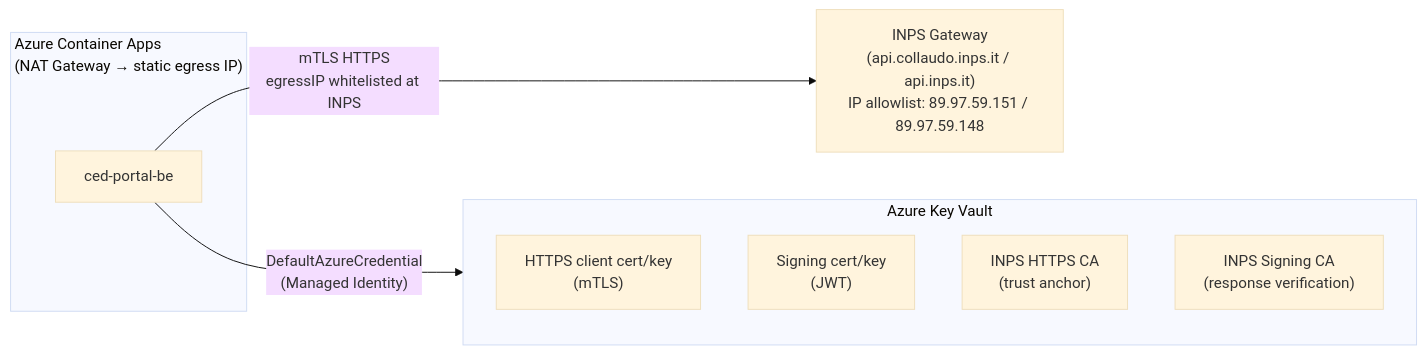
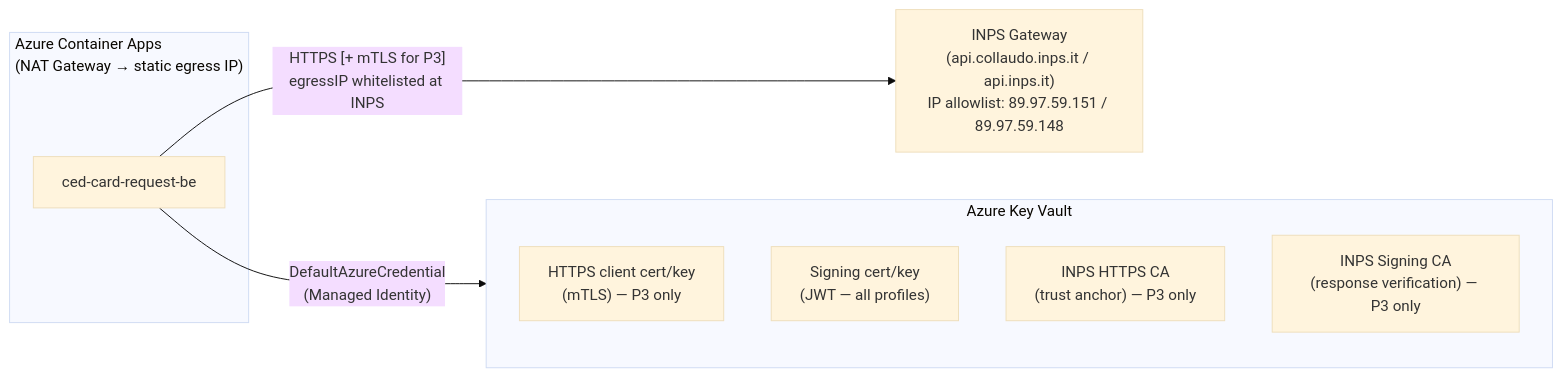
Before and after one commit to pagopa/io-growth: the fourth of 4 diagrams in docs/modi-inps/design-review.md, drawn with Mermaid (base theme). The commit also changed other lines of this file and 12 other files, not shown here.

````diff
--- a/docs/modi-inps/design-review.md
+++ b/docs/modi-inps/design-review.md
@@ -145,18 +160,18 @@
 ```mermaid
 flowchart LR
     subgraph ACA["Azure Container Apps\n(NAT Gateway → static egress IP)"]
-        APP["ced-portal-be"]
+        APP["ced-card-request-be"]
     end
 
     subgraph AKV_NS["Azure Key Vault"]
-        SEC1["HTTPS client cert/key\n(mTLS)"]
-        SEC2["Signing cert/key\n(JWT)"]
-        SEC3["INPS HTTPS CA\n(trust anchor)"]
-        SEC4["INPS Signing CA\n(response verification)"]
+        SEC1["HTTPS client cert/key\n(mTLS) — P3 only"]
+        SEC2["Signing cert/key\n(JWT — all profiles)"]
+        SEC3["INPS HTTPS CA\n(trust anchor) — P3 only"]
+        SEC4["INPS Signing CA\n(response verification) — P3 only"]
     end
 
     INPS["INPS Gateway\n(api.collaudo.inps.it / api.inps.it)\nIP allowlist: 89.97.59.151 / 89.97.59.148"]
 
     APP -- "DefaultAzureCredential\n(Managed Identity)" --> AKV_NS
-    APP -- "mTLS HTTPS\negressIP whitelisted at INPS" --> INPS
+    APP -- "HTTPS [+ mTLS for P3]\negressIP whitelisted at INPS" --> INPS
 ```
````
